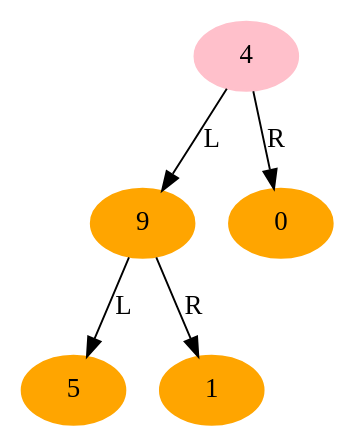
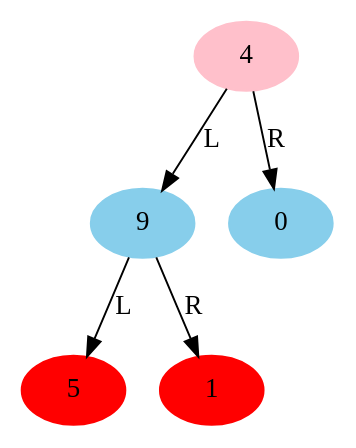
One commit to Batman001/leetcode_in_python changed the diagram in btree/output/tree_.gv. Above: the diagram before and after it, drawn with Graphviz. The commit also changed 9 other files, not shown here.

```diff
--- a/btree/output/tree_.gv
+++ b/btree/output/tree_.gv
@@ -1,12 +1,12 @@
 // Binary Tree
 digraph {
-	"07376fa8-1a20-11ea-9cab-4074e04adad9" [label=4 color=pink style=filled]
-	"07376fa9-1a20-11ea-a38c-4074e04adad9" [label=9 color=orange style=filled]
-	"07376fa8-1a20-11ea-9cab-4074e04adad9" -> "07376fa9-1a20-11ea-a38c-4074e04adad9" [label=L]
-	"07376faa-1a20-11ea-9935-4074e04adad9" [label=5 color=orange style=filled]
-	"07376fa9-1a20-11ea-a38c-4074e04adad9" -> "07376faa-1a20-11ea-9935-4074e04adad9" [label=L]
-	"07376fab-1a20-11ea-befe-4074e04adad9" [label=1 color=orange style=filled]
-	"07376fa9-1a20-11ea-a38c-4074e04adad9" -> "07376fab-1a20-11ea-befe-4074e04adad9" [label=R]
-	"07376fac-1a20-11ea-8b40-4074e04adad9" [label=0 color=orange style=filled]
-	"07376fa8-1a20-11ea-9cab-4074e04adad9" -> "07376fac-1a20-11ea-8b40-4074e04adad9" [label=R]
+	"ebb9b768-2139-11ea-abcc-4074e04adad9" [label=4 color=pink style=filled]
+	"ebb9b769-2139-11ea-9e2f-4074e04adad9" [label=9 color=skyblue style=filled]
+	"ebb9b768-2139-11ea-abcc-4074e04adad9" -> "ebb9b769-2139-11ea-9e2f-4074e04adad9" [label=L]
+	"ebb9b76a-2139-11ea-9ff8-4074e04adad9" [label=5 color=red style=filled]
+	"ebb9b769-2139-11ea-9e2f-4074e04adad9" -> "ebb9b76a-2139-11ea-9ff8-4074e04adad9" [label=L]
+	"ebb9b76b-2139-11ea-ba6e-4074e04adad9" [label=1 color=red style=filled]
+	"ebb9b769-2139-11ea-9e2f-4074e04adad9" -> "ebb9b76b-2139-11ea-ba6e-4074e04adad9" [label=R]
+	"ebb9b76c-2139-11ea-93d5-4074e04adad9" [label=0 color=skyblue style=filled]
+	"ebb9b768-2139-11ea-abcc-4074e04adad9" -> "ebb9b76c-2139-11ea-93d5-4074e04adad9" [label=R]
 }
```
